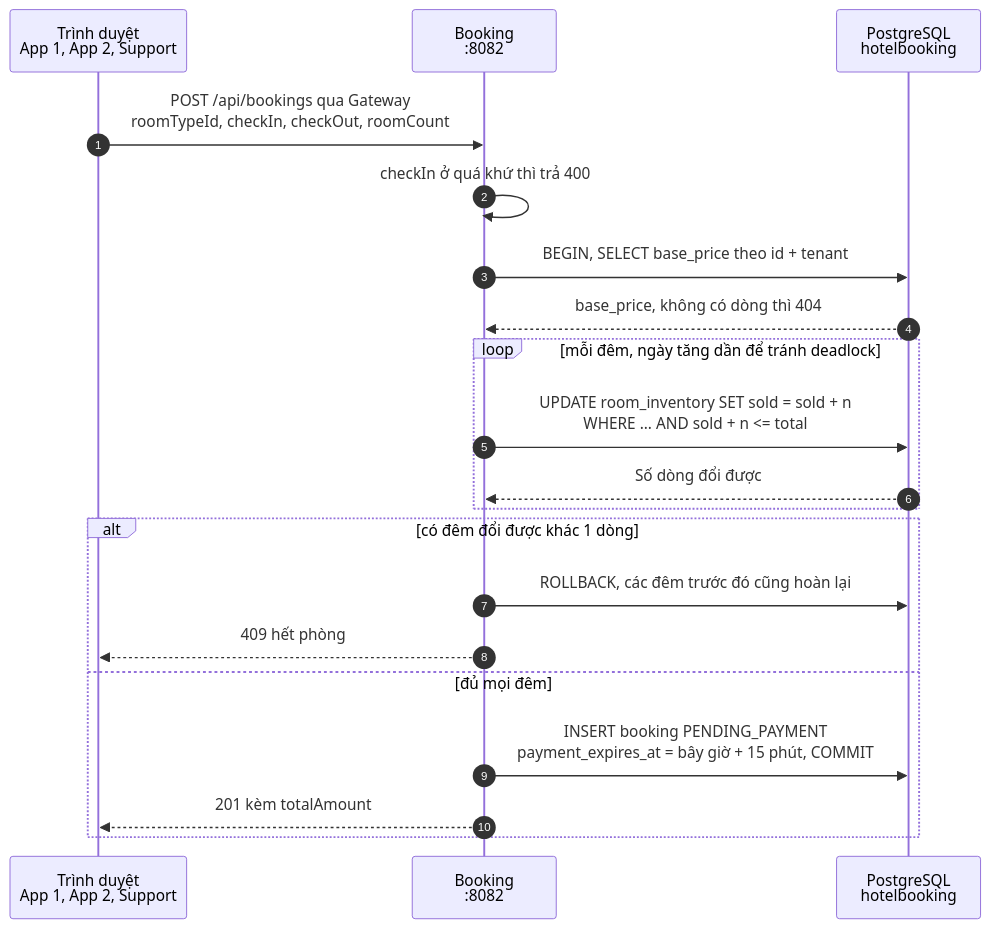
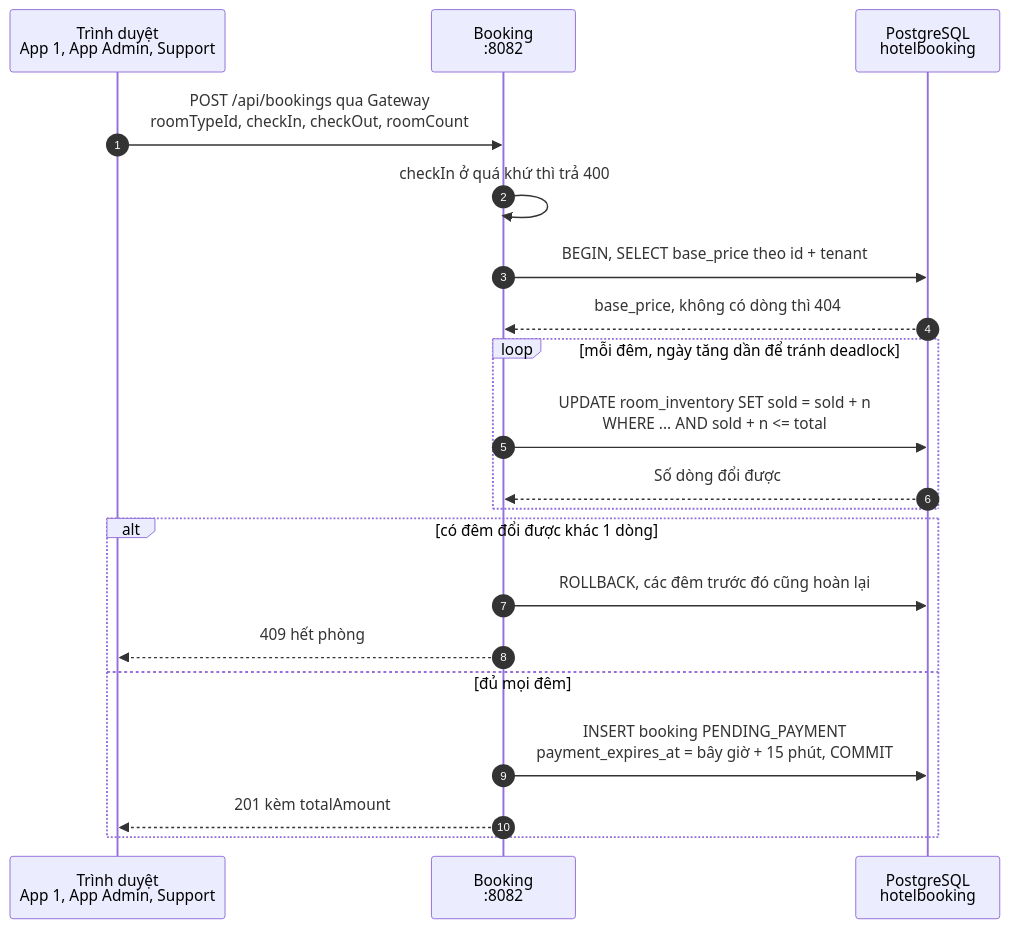
Before and after one commit to oabga/HotelBookingSystem: the fifth of 10 diagrams in backend/docs/stayhub-sequence-diagrams.md, drawn with Mermaid. The commit also changed other lines of this file and 21 other files, not shown here.

````diff
--- a/backend/docs/stayhub-sequence-diagrams.md
+++ b/backend/docs/stayhub-sequence-diagrams.md
@@ -165,22 +200,22 @@
 ```mermaid
 sequenceDiagram
     autonumber
-    participant F as Trình duyệt<br/>App 1, App 2, Support
+    participant F as Trình duyệt<br/>App 1, App Admin, Support
     participant B as Booking<br/>:8082
     participant D as PostgreSQL<br/>hotelbooking
     F->>B: POST /api/bookings qua Gateway<br/>roomTypeId, checkIn, checkOut, roomCount
     B->>B: checkIn ở quá khứ thì trả 400
     B->>D: BEGIN, SELECT base_price theo id + tenant
     D-->>B: base_price, không có dòng thì 404
     loop mỗi đêm, ngày tăng dần để tránh deadlock
         B->>D: UPDATE room_inventory SET sold = sold + n<br/>WHERE ... AND sold + n #lt;= total
         D-->>B: Số dòng đổi được
     end
     alt có đêm đổi được khác 1 dòng
         B->>D: ROLLBACK, các đêm trước đó cũng hoàn lại
         B-->>F: 409 hết phòng
     else đủ mọi đêm
         B->>D: INSERT booking PENDING_PAYMENT<br/>payment_expires_at = bây giờ + 15 phút, COMMIT
         B-->>F: 201 kèm totalAmount
     end
 ```
````
